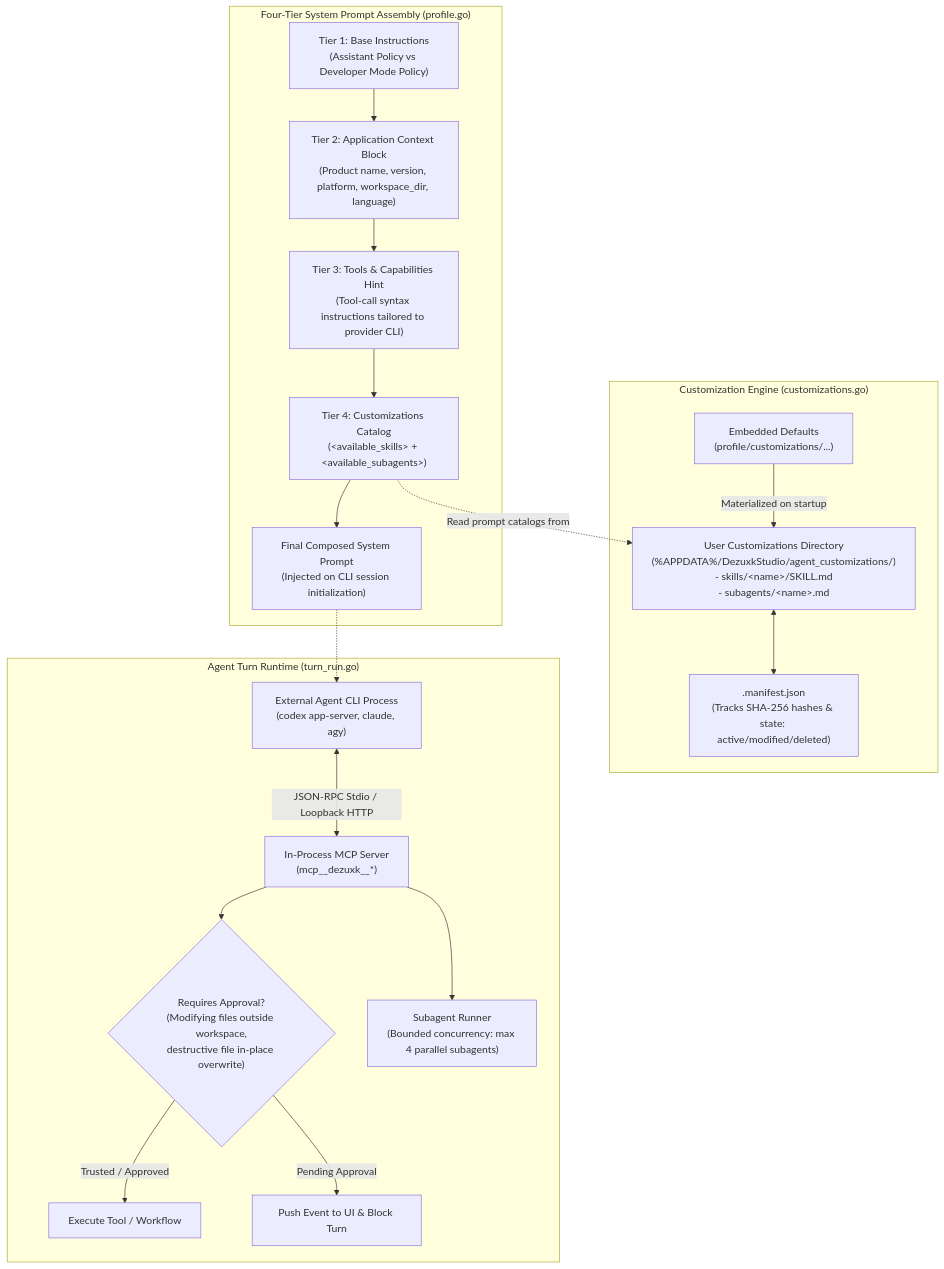
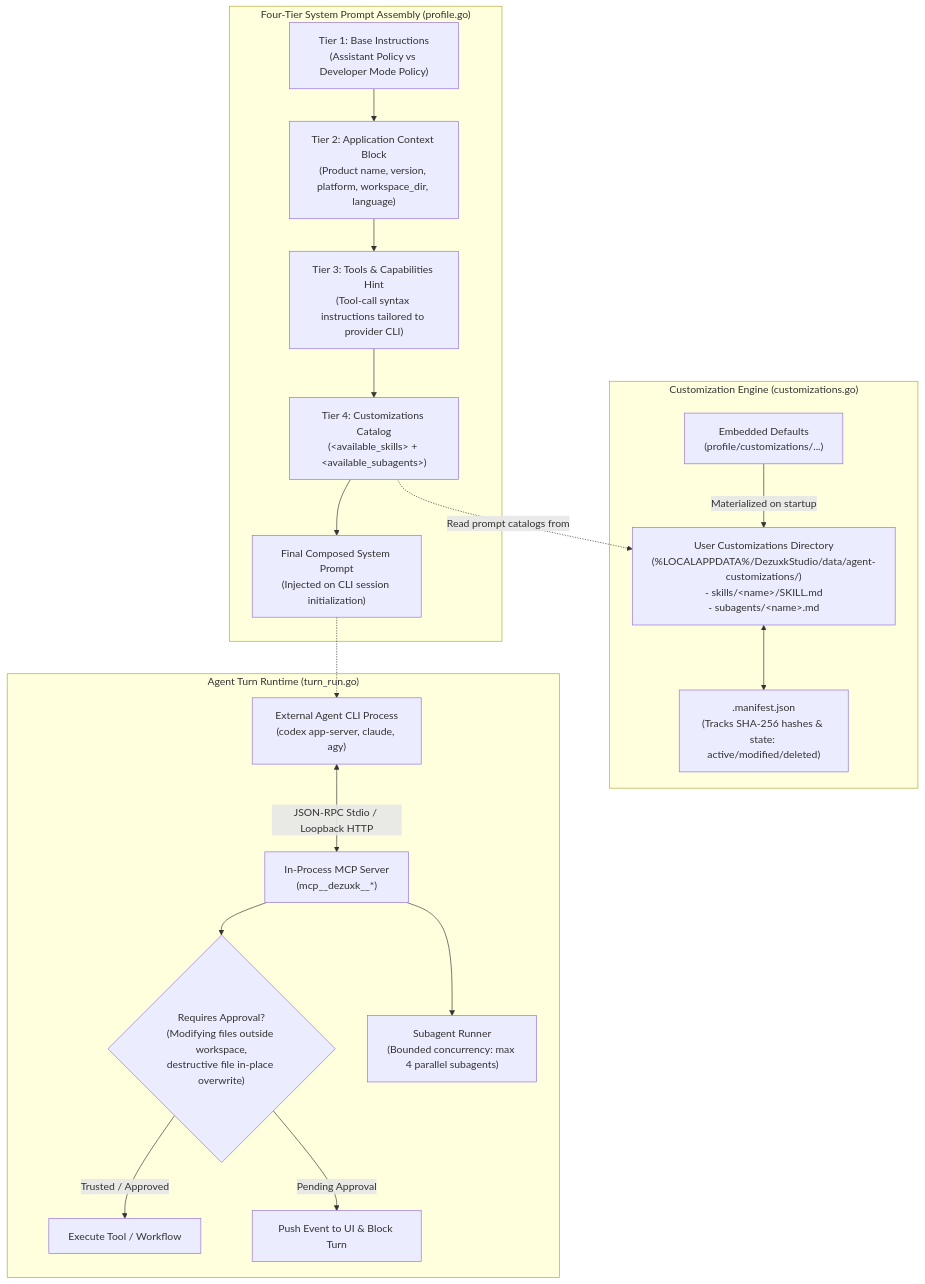
Before and after one commit to nhathaofn/dezuxkstudio: the third of 4 diagrams in docs/architecture.md, drawn with Mermaid. The commit also changed other lines of this file and 6 other files, not shown here.

Commit message:
docs: synchronize README, architecture.md, and TEST_INFRA with Go 1.26, React 18, migrations 001-023, LockHostAdmin, and fix DOM test TypeScript types

````diff
--- a/docs/architecture.md
+++ b/docs/architecture.md
@@ -133,36 +135,36 @@
 ```mermaid
 flowchart TD
     subgraph PromptAssembly["Four-Tier System Prompt Assembly (profile.go)"]
         BasePrompt["Tier 1: Base Instructions<br/>(Assistant Policy vs Developer Mode Policy)"]
         AppEnv["Tier 2: Application Context Block<br/>(Product name, version, platform, workspace_dir, language)"]
         FeatBlock["Tier 3: Tools & Capabilities Hint<br/>(Tool-call syntax instructions tailored to provider CLI)"]
         CustomCat["Tier 4: Customizations Catalog<br/>(&lt;available_skills&gt; + &lt;available_subagents&gt;)"]
         
         BasePrompt --> AppEnv --> FeatBlock --> CustomCat --> FinalPrompt["Final Composed System Prompt<br/>(Injected on CLI session initialization)"]
     end
 
     subgraph CustomizationLifecycle["Customization Engine (customizations.go)"]
         Builtin["Embedded Defaults<br/>(profile/customizations/...)"]
-        DiskDir["User Customizations Directory<br/>(%APPDATA%/DezuxkStudio/agent_customizations/)<br/>- skills/&lt;name&gt;/SKILL.md<br/>- subagents/&lt;name&gt;.md"]
+        DiskDir["User Customizations Directory<br/>(%LOCALAPPDATA%/DezuxkStudio/data/agent-customizations/)<br/>- skills/&lt;name&gt;/SKILL.md<br/>- subagents/&lt;name&gt;.md"]
         Manifest[".manifest.json<br/>(Tracks SHA-256 hashes & state: active/modified/deleted)"]
         
         Builtin -->|Materialized on startup| DiskDir
         DiskDir <--> Manifest
     end
 
     subgraph AgentRuntime["Agent Turn Runtime (turn_run.go)"]
         CLIProcess["External Agent CLI Process<br/>(codex app-server, claude, agy)"]
         LocalMCP["In-Process MCP Server<br/>(mcp__dezuxk__*)"]
         Approvals{"Requires Approval?<br/>(Modifying files outside workspace,<br/>destructive file in-place overwrite)"}
         SubagentRunner["Subagent Runner<br/>(Bounded concurrency: max 4 parallel subagents)"]
         
         FinalPrompt -.-> CLIProcess
         CLIProcess <-->|JSON-RPC Stdio / Loopback HTTP| LocalMCP
         LocalMCP --> Approvals
         Approvals -- "Trusted / Approved" --> EngineExec["Execute Tool / Workflow"]
         Approvals -- "Pending Approval" --> UIApproval["Push Event to UI & Block Turn"]
         LocalMCP --> SubagentRunner
     end
 
     CustomCat -.->|Read prompt catalogs from| DiskDir
 ```
````
